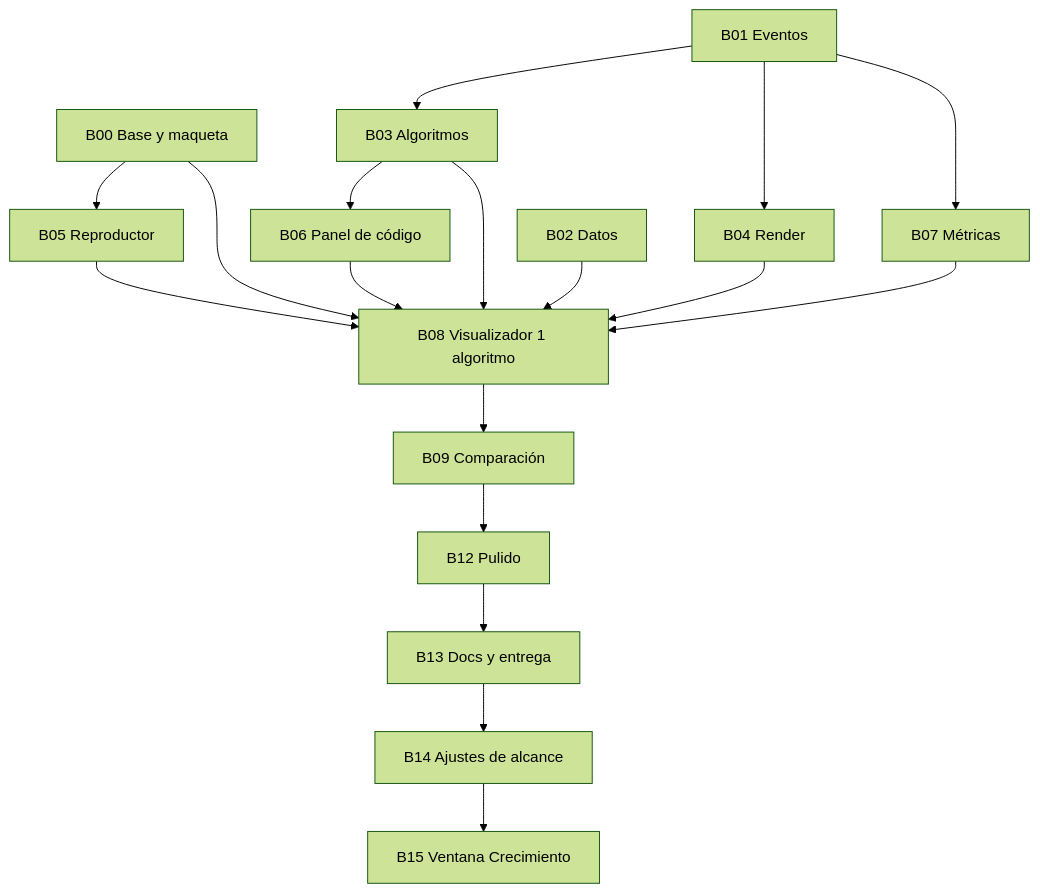
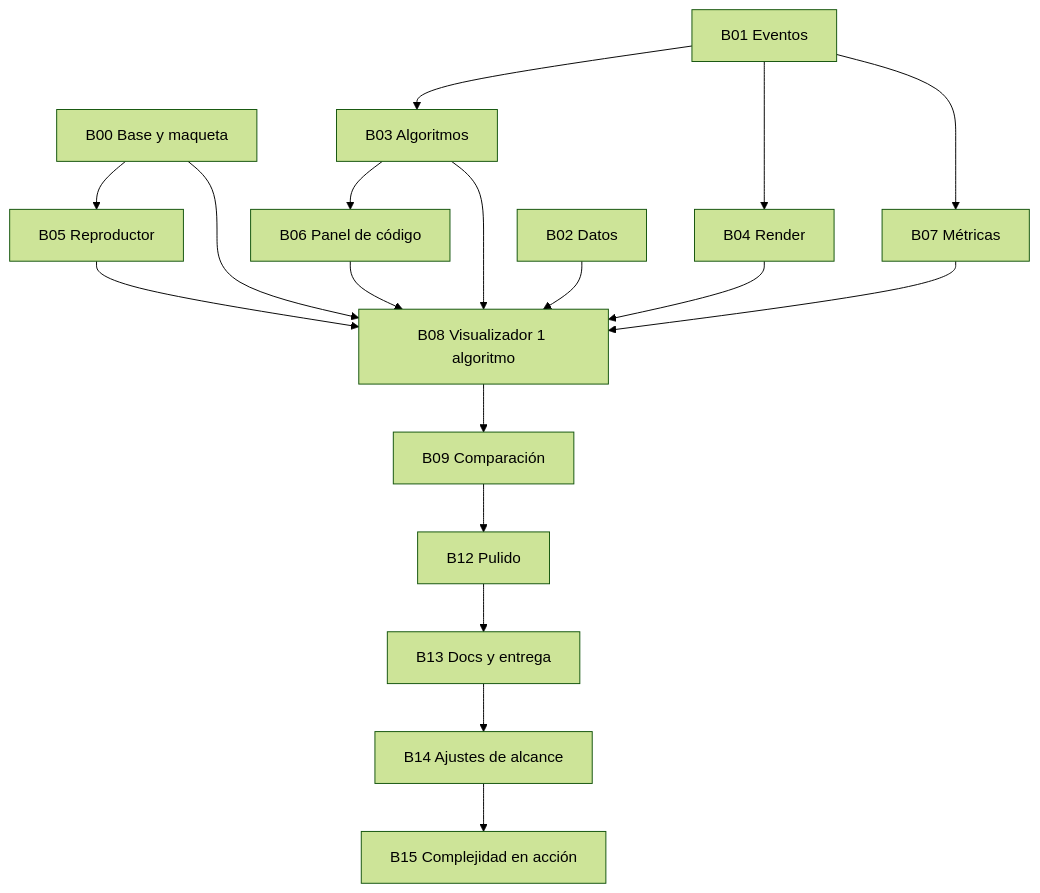
One commit to Souls-Nao/visualizador-ordenamientos changed the diagram in BLOQUES.md. Above: the diagram before and after it, drawn with Mermaid (forest theme). The commit also changed other lines of this file and 2 other files, not shown here.

````diff
--- a/BLOQUES.md
+++ b/BLOQUES.md
@@ -71,21 +71,21 @@
 ```mermaid
 graph TD
   B00[B00 Base y maqueta]
   B01[B01 Eventos] --> B03[B03 Algoritmos]
   B01 --> B04[B04 Render]
   B01 --> B07[B07 Métricas]
   B03 --> B06[B06 Panel de código]
   B00 --> B05[B05 Reproductor]
   B02[B02 Datos] --> B08
   B03 --> B08[B08 Visualizador 1 algoritmo]
   B04 --> B08
   B05 --> B08
   B06 --> B08
   B07 --> B08
   B00 --> B08
   B08 --> B09[B09 Comparación]
   B09 --> B12[B12 Pulido]
   B12 --> B13[B13 Docs y entrega]
   B13 --> B14[B14 Ajustes de alcance]
-  B14 --> B15[B15 Ventana Crecimiento]
+  B14 --> B15[B15 Complejidad en acción]
 ```
````
